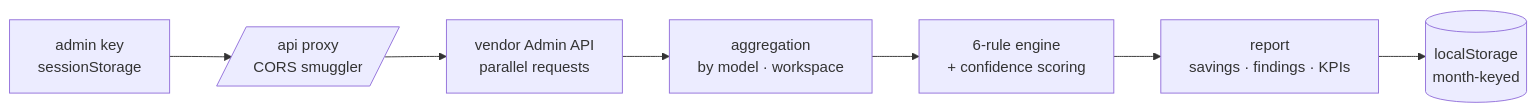
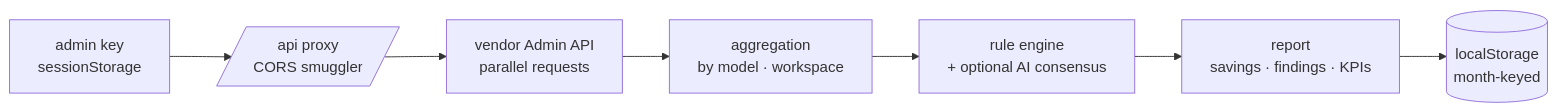
One commit to nitrimandylis/tokenpilot changed the diagram in README.md. Above: the diagram before and after it, drawn with Mermaid. The commit also changed other lines of this file and 2 other files, not shown here.

Commit message:
docs: update for the consensus engine, add PRODUCT.md

````diff
--- a/README.md
+++ b/README.md
@@ -87,9 +112,9 @@
 ```mermaid
 flowchart LR
     A[admin key<br/>sessionStorage] --> B[/api proxy<br/>CORS smuggler/]
     B --> C[vendor Admin API<br/>parallel requests]
     C --> D[aggregation<br/>by model · workspace]
-    D --> E[6-rule engine<br/>+ confidence scoring]
+    D --> E[rule engine<br/>+ optional AI consensus]
     E --> F[report<br/>savings · findings · KPIs]
     F --> G[(localStorage<br/>month-keyed)]
 ```
````
